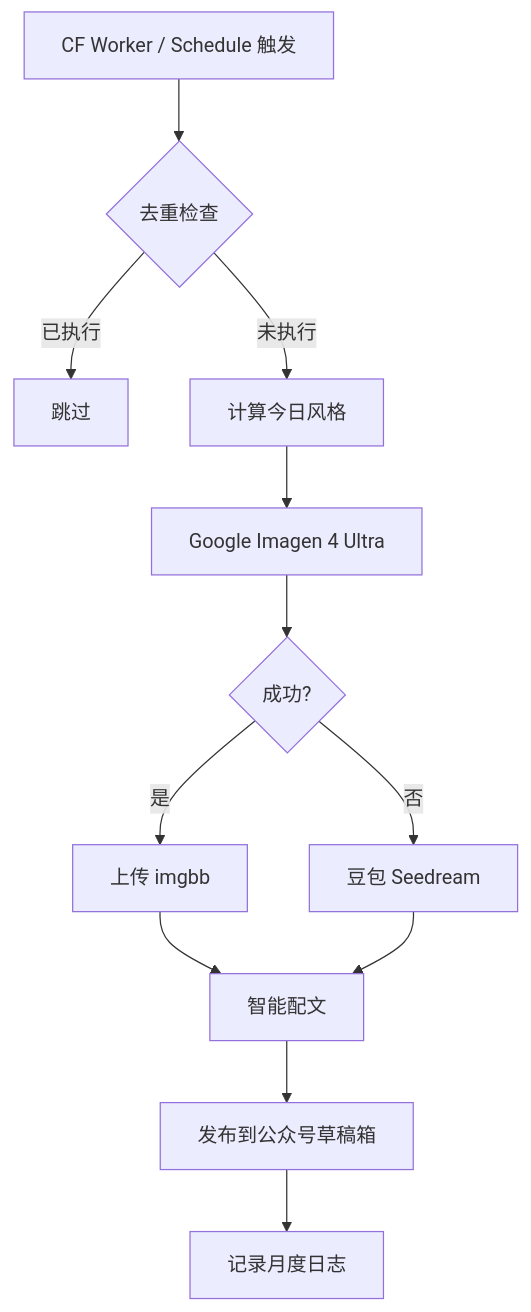
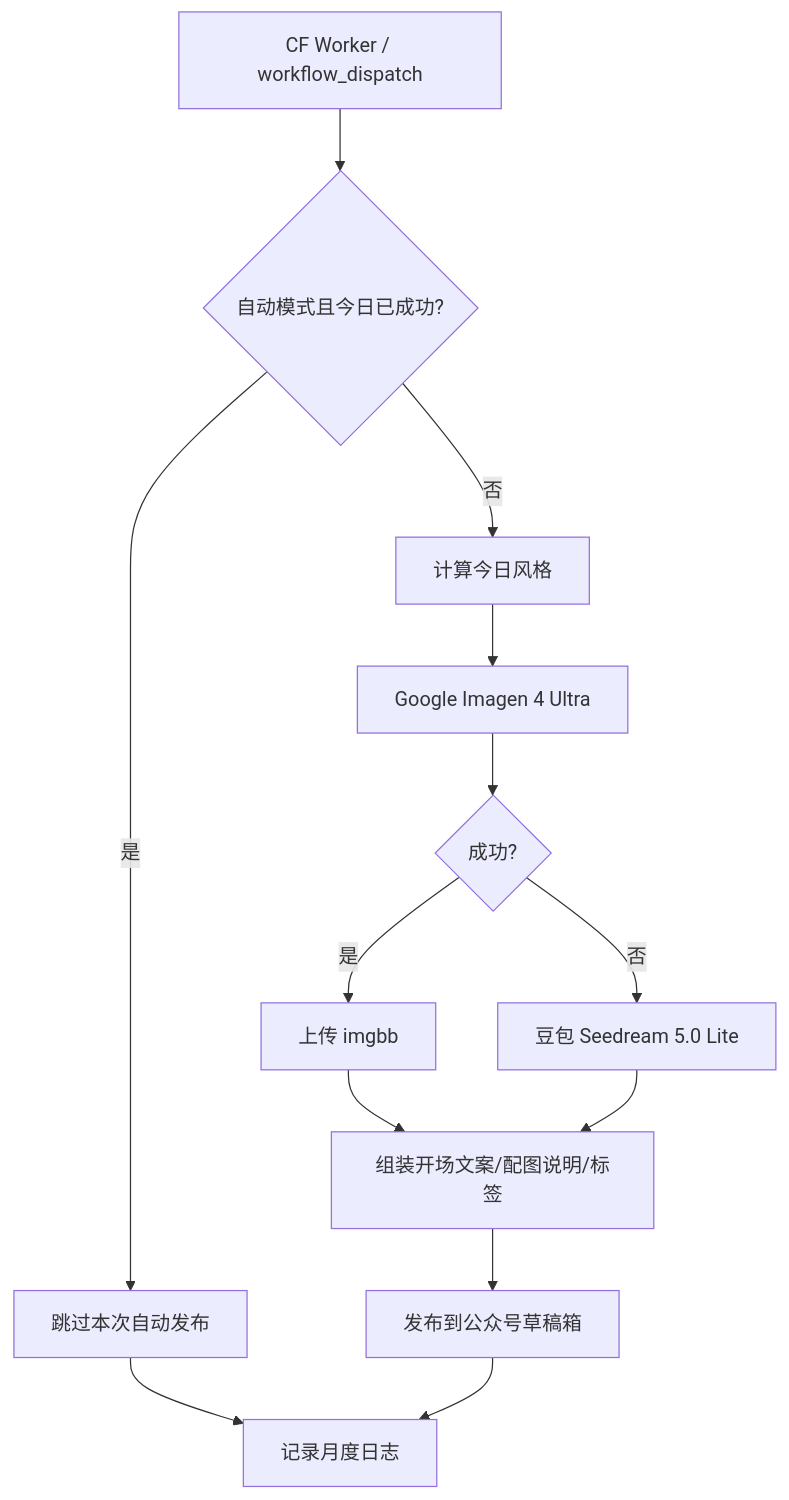
The diagram in WORKFLOW.md (lairulan/beauty-generator), drawn with Mermaid before and after one commit. The commit also changed other lines of this file and 8 other files, not shown here.

````diff
--- a/WORKFLOW.md
+++ b/WORKFLOW.md
@@ -30,14 +33,15 @@
 ```mermaid
 flowchart TD
-  A[CF Worker / Schedule 触发] --> B{去重检查}
-  B -->|已执行| SKIP[跳过]
-  B -->|未执行| C[计算今日风格]
-  C --> D[Google Imagen 4 Ultra]
-  D --> E{成功?}
-  E -->|是| F[上传 imgbb]
-  E -->|否| G[豆包 Seedream]
-  F --> H[智能配文]
-  G --> H
-  H --> I[发布到公众号草稿箱]
-  I --> J[记录月度日志]
+  A[CF Worker / workflow_dispatch] --> B{自动模式且今日已成功?}
+  B -->|是| C[跳过本次自动发布]
+  B -->|否| D[计算今日风格]
+  D --> E[Google Imagen 4 Ultra]
+  E --> F{成功?}
+  F -->|是| G[上传 imgbb]
+  F -->|否| H[豆包 Seedream 5.0 Lite]
+  G --> I[组装开场文案/配图说明/标签]
+  H --> I
+  I --> J[发布到公众号草稿箱]
+  C --> K[记录月度日志]
+  J --> K
 ```
````
